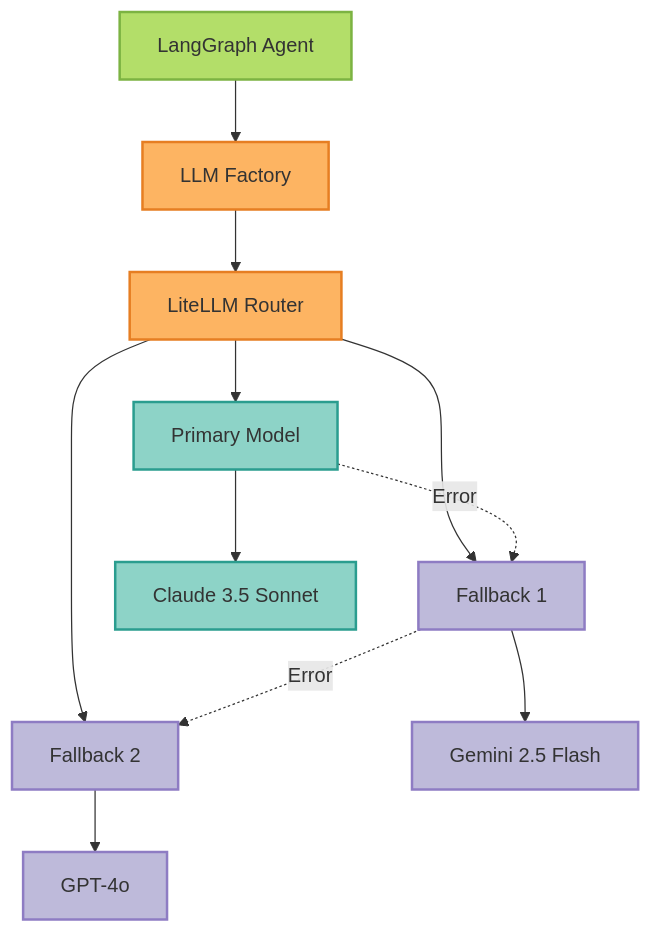
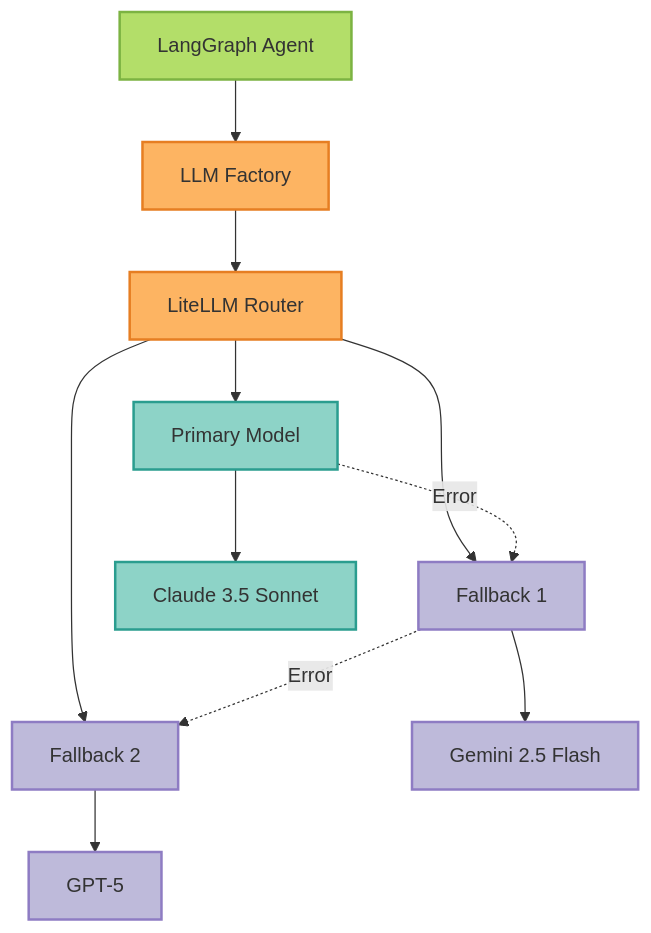
The fifth of 10 diagrams in docs/getting-started/architecture.mdx (vishnu2kmohan/mcp-server-langgraph), drawn with Mermaid before and after one commit. The commit also changed other lines of this file and 34 other files, not shown here.

````diff
--- a/docs/getting-started/architecture.mdx
+++ b/docs/getting-started/architecture.mdx
@@ -410,28 +412,28 @@
 ```mermaid
 flowchart TB
     Agent[LangGraph Agent] --> LLMFactory[LLM Factory]
     LLMFactory --> LiteLLM[LiteLLM Router]
 
     LiteLLM --> Primary[Primary Model]
     LiteLLM --> Fallback1[Fallback 1]
     LiteLLM --> Fallback2[Fallback 2]
 
     Primary -.->|Error| Fallback1
     Fallback1 -.->|Error| Fallback2
 
     Primary --> Claude[Claude 3.5 Sonnet]
     Fallback1 --> Gemini[Gemini 2.5 Flash]
-    Fallback2 --> GPT[GPT-4o]
+    Fallback2 --> GPT[GPT-5]
 
     %% ColorBrewer2 Set3 palette styling
     classDef agentStyle fill:#b3de69,stroke:#7cb342,stroke-width:2px,color:#333
     classDef routerStyle fill:#fdb462,stroke:#e67e22,stroke-width:2px,color:#333
     classDef primaryStyle fill:#8dd3c7,stroke:#2a9d8f,stroke-width:2px,color:#333
     classDef fallbackStyle fill:#bebada,stroke:#8e7cc3,stroke-width:2px,color:#333
     classDef llmStyle fill:#fccde5,stroke:#ec7ab8,stroke-width:2px,color:#333
 
     class Agent agentStyle
     class LLMFactory,LiteLLM routerStyle
     class Primary,Claude primaryStyle
     class Fallback1,Gemini,Fallback2,GPT fallbackStyle
 ```
````
